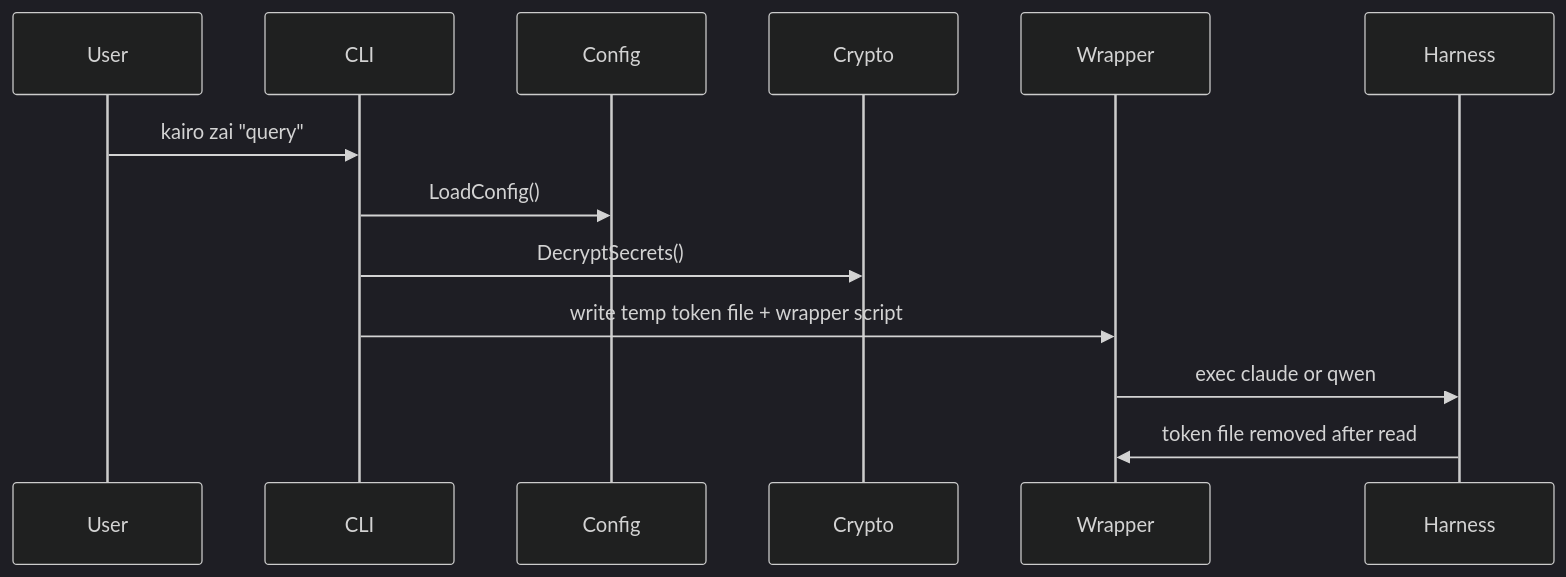
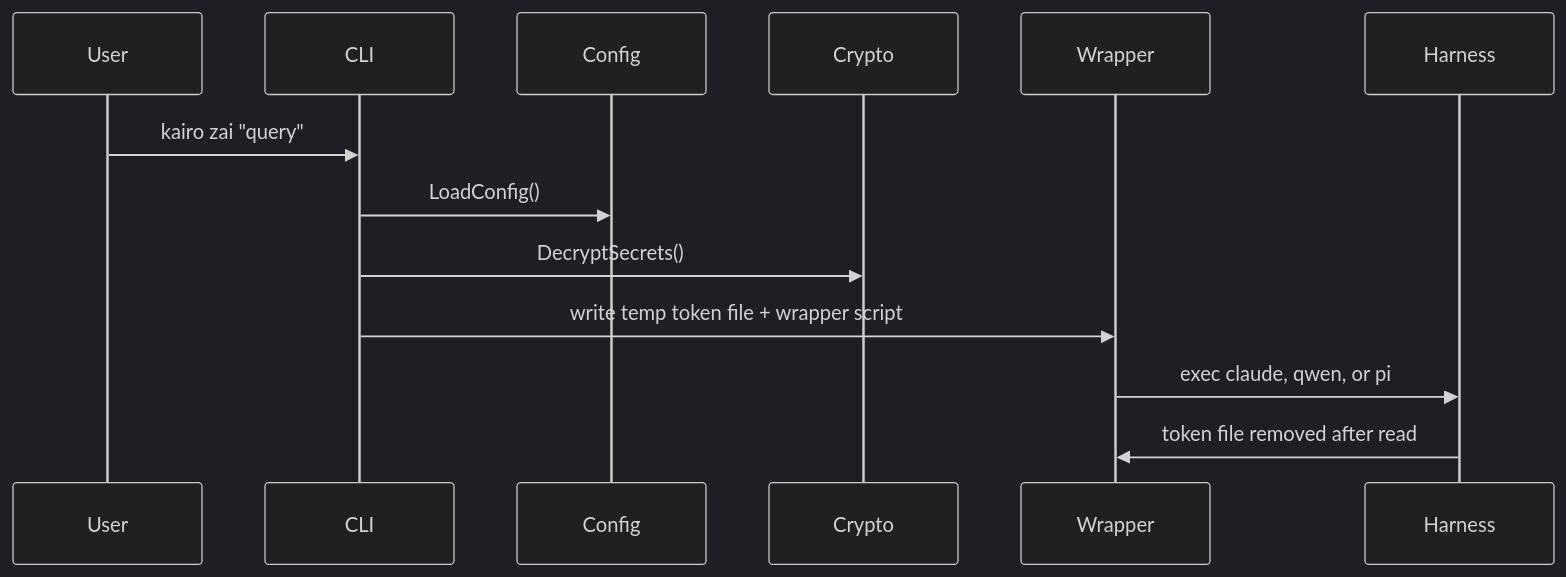
One commit to dkmnx/kairo changed the third of 3 diagrams in docs/architecture/README.md. Above: the diagram before and after it, drawn with Mermaid (dark theme). The commit also changed other lines of this file and 3 other files, not shown here.

````diff
--- a/docs/architecture/README.md
+++ b/docs/architecture/README.md
@@ -97,16 +100,16 @@
 ```mermaid
 sequenceDiagram
     participant User
     participant CLI
     participant Config
     participant Crypto
     participant Wrapper
     participant Harness
 
     User->>CLI: kairo zai "query"
     CLI->>Config: LoadConfig()
     CLI->>Crypto: DecryptSecrets()
     CLI->>Wrapper: write temp token file + wrapper script
-    Wrapper->>Harness: exec claude or qwen
+    Wrapper->>Harness: exec claude, qwen, or pi
     Harness->>Wrapper: token file removed after read
 ```
````
